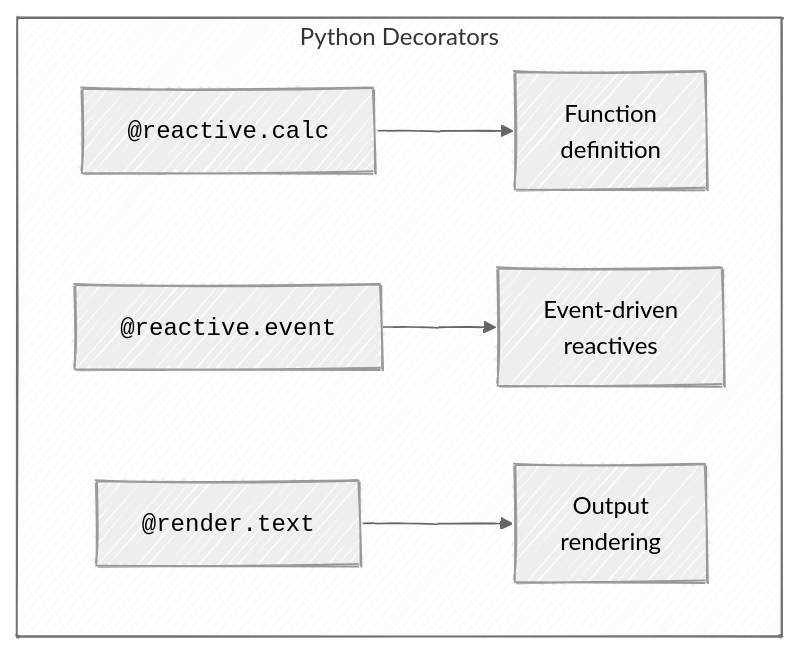
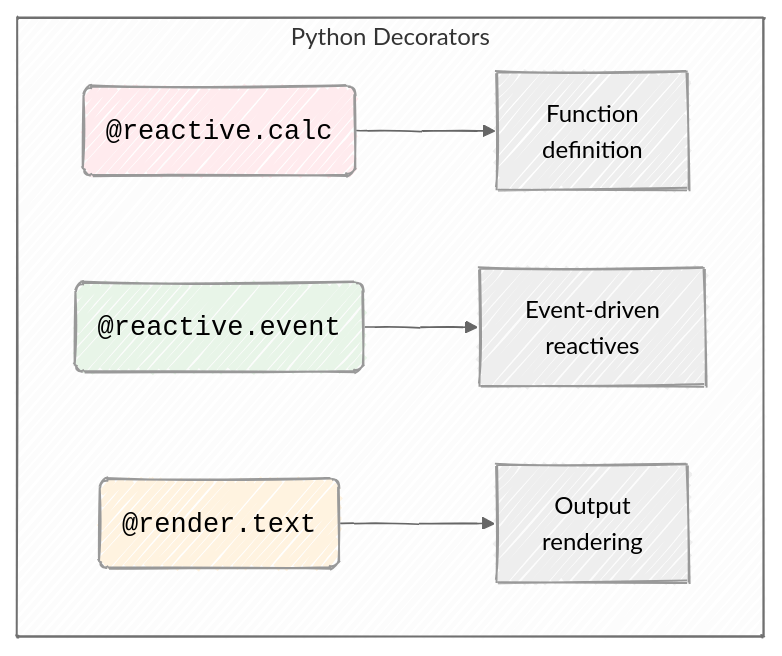
The fifth of 7 diagrams in py-app-api.qmd (mjfrigaard/do4ds-labs), drawn with Mermaid before and after one commit. The commit also changed other lines of this file and 10 other files, not shown here.

````diff
--- a/py-app-api.qmd
+++ b/py-app-api.qmd
@@ -743,12 +743,15 @@
 ```{mermaid}
 %%{init: {'theme': 'neutral', 'look': 'handDrawn', 'themeVariables': { 'fontFamily': 'monospace'}}}%%
 
 graph TD
     subgraph "Python Decorators"
-        A["<code>@reactive.calc</code>"] --> B[Function<br>definition]
-        C["<code>@reactive.event</code>"] --> D["Event-driven<br>reactives"]
-        E["<code>@render.text</code>"] --> F["Output<br>rendering"]
+        A("<code>@reactive.calc</code>") --> B[Function<br>definition]
+        C("<code>@reactive.event</code>") --> D["Event-driven<br>reactives"]
+        E("<code>@render.text</code>") --> F["Output<br>rendering"]
     end
     
     %% style A fill:#e1f5fe
+    style A fill:#ffebee,color:#000,font-size:18px
+    style C fill:#e8f5e8,color:#000,font-size:18px
+    style E fill:#fff3e0,color:#000,font-size:18px
 ```
````
